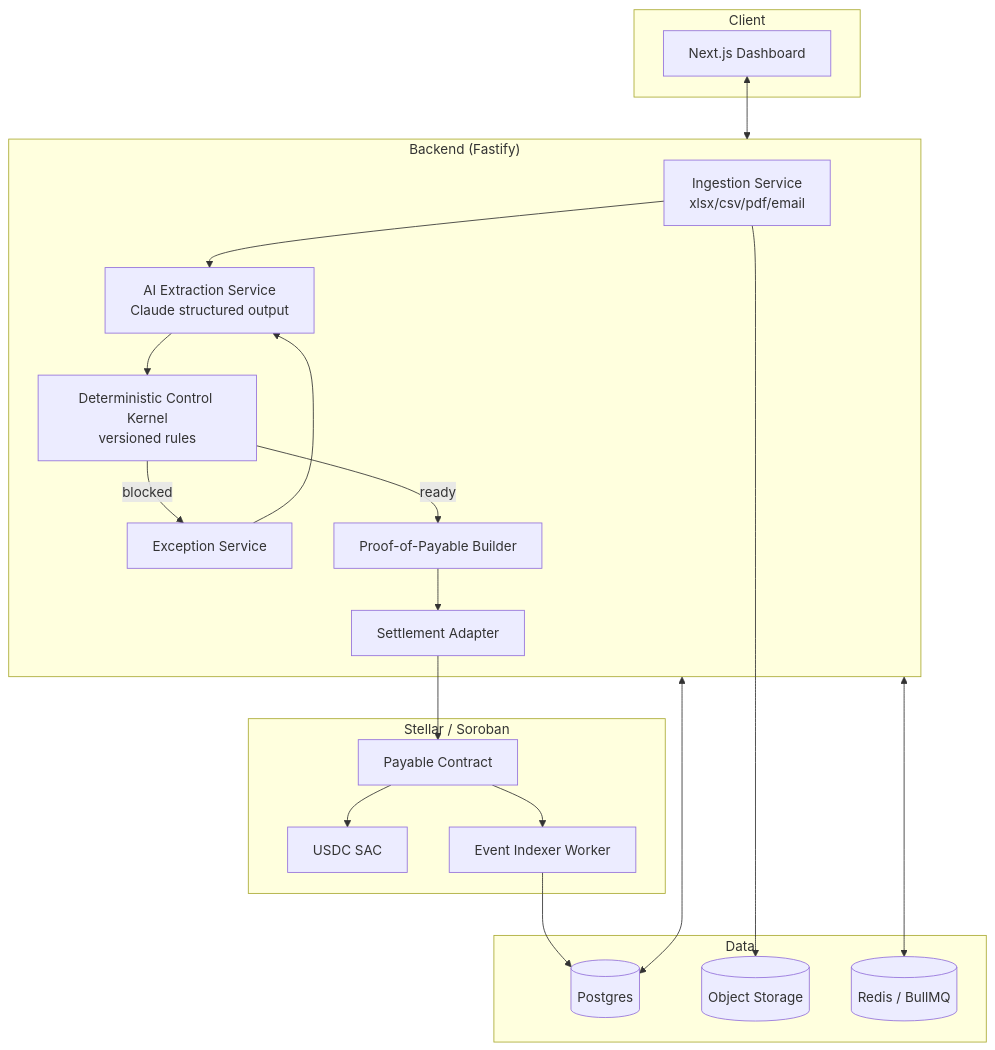
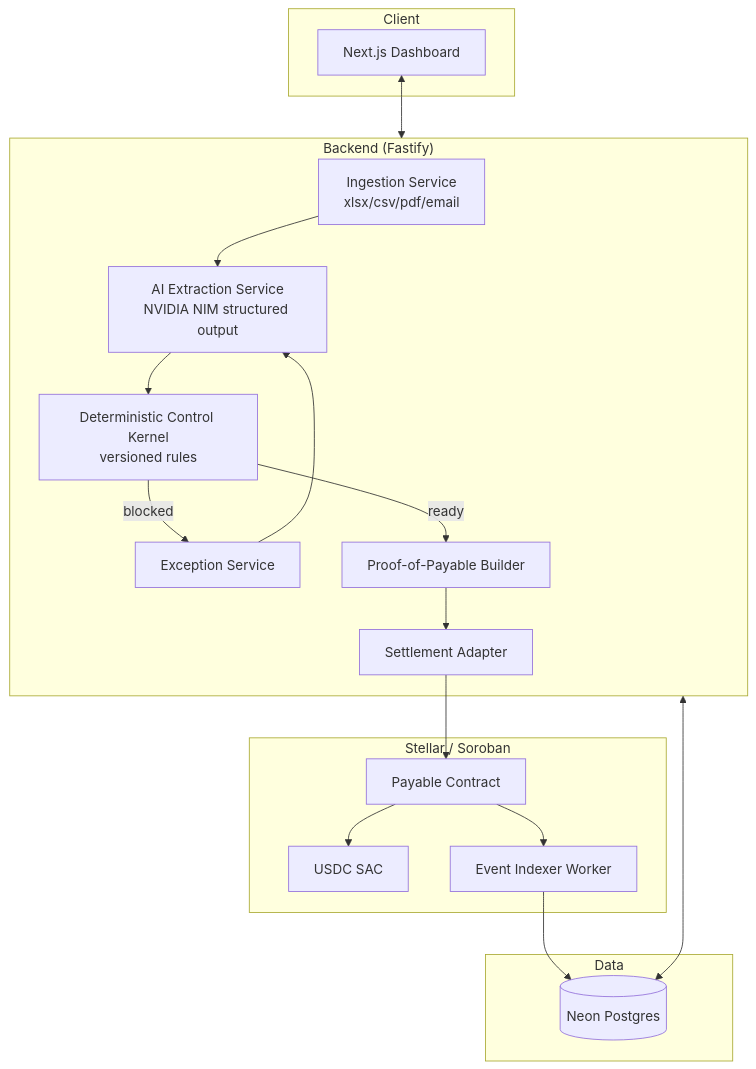
The diagram in docs/implementation/Pakta_Plan_Implementacion.md (devmondoss/pakta), drawn with Mermaid before and after one commit. The commit also changed other lines of this file and 10 other files, not shown here.

````diff
--- a/docs/implementation/Pakta_Plan_Implementacion.md
+++ b/docs/implementation/Pakta_Plan_Implementacion.md
@@ -114,37 +114,33 @@
 ```mermaid
 flowchart TB
     subgraph Client
         UI[Next.js Dashboard]
     end
 
     subgraph API["Backend (Fastify)"]
         ING[Ingestion Service<br/>xlsx/csv/pdf/email]
-        AI[AI Extraction Service<br/>Claude structured output]
+        AI[AI Extraction Service<br/>NVIDIA NIM structured output]
         KERNEL[Deterministic Control Kernel<br/>versioned rules]
         EXC[Exception Service]
         PROOF[Proof-of-Payable Builder]
         SET[Settlement Adapter]
     end
 
     subgraph Data
-        PG[(Postgres)]
-        S3[(Object Storage)]
-        REDIS[(Redis / BullMQ)]
+        PG[(Neon Postgres)]
     end
 
     subgraph Chain["Stellar / Soroban"]
         SC[Payable Contract]
         SAC[USDC SAC]
         IDX[Event Indexer Worker]
     end
 
     UI <--> API
-    ING --> S3
     ING --> AI --> KERNEL
     KERNEL -->|blocked| EXC --> AI
     KERNEL -->|ready| PROOF --> SET --> SC
     SC --> SAC
     SC --> IDX --> PG
     API <--> PG
-    API <--> REDIS
 ```
````
